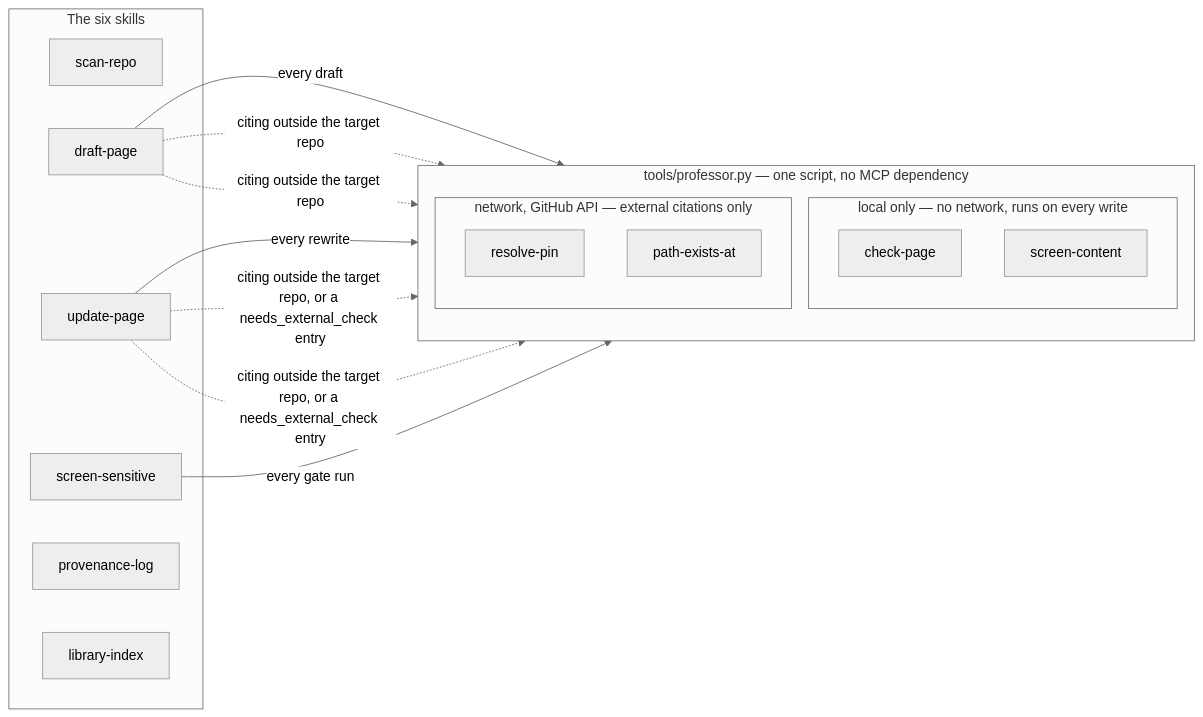
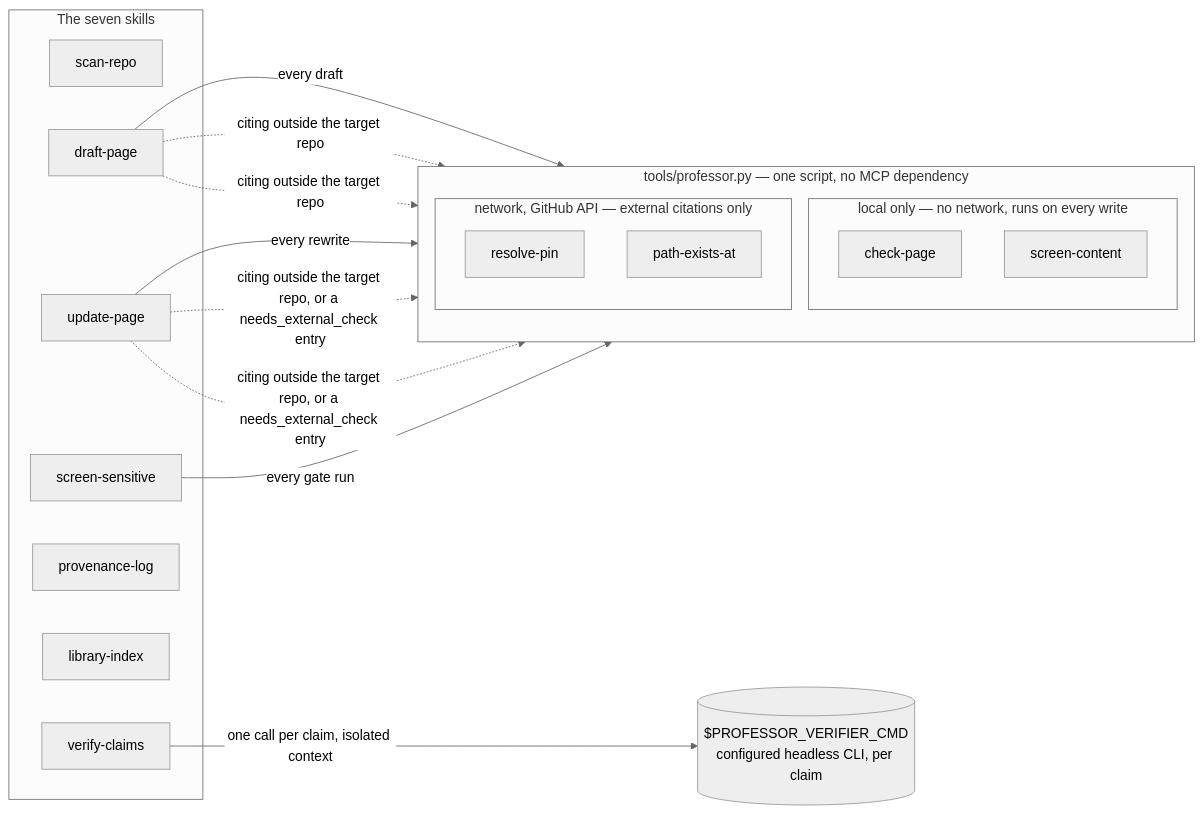
One commit to launchpad-26/buzz changed the first of 3 diagrams in launchpad/Research/the-professor-skill-suite-redesign.md. Above: the diagram before and after it, drawn with Mermaid (neutral theme). The commit also changed other lines of this file and 5 other files, not shown here.

First line of the commit message:
docs(the-professor): fix review findings — verify-claims not registered, VERIFIER_CMD contradiction, inaccurate staleness note

````diff
--- a/launchpad/Research/the-professor-skill-suite-redesign.md
+++ b/launchpad/Research/the-professor-skill-suite-redesign.md
@@ -318,31 +321,35 @@
 ```mermaid
 flowchart LR
-    subgraph skills["The six skills"]
+    subgraph skills["The seven skills"]
         SR["scan-repo"]
         DP["draft-page"]
         UP["update-page"]
         SS["screen-sensitive"]
         PL["provenance-log"]
         LI["library-index"]
+        VC["verify-claims"]
     end
 
     subgraph toolkit["tools/professor.py — one script, no MCP dependency"]
         direction TB
         subgraph localcmd["local only — no network, runs on every write"]
             CP["check-page"]
             SC["screen-content"]
         end
         subgraph netcmd["network, GitHub API — external citations only"]
             RP["resolve-pin"]
             PE["path-exists-at"]
         end
     end
 
+    Verifier[("$PROFESSOR_VERIFIER_CMD\nconfigured headless CLI, per claim")]
+
     DP -->|every draft| CP
     UP -->|every rewrite| CP
     SS -->|every gate run| SC
+    VC -->|one call per claim, isolated context| Verifier
     DP -.->|citing outside the target repo| RP
     DP -.->|citing outside the target repo| PE
     UP -.->|citing outside the target repo, or a needs_external_check entry| RP
     UP -.->|citing outside the target repo, or a needs_external_check entry| PE
 ```
````
